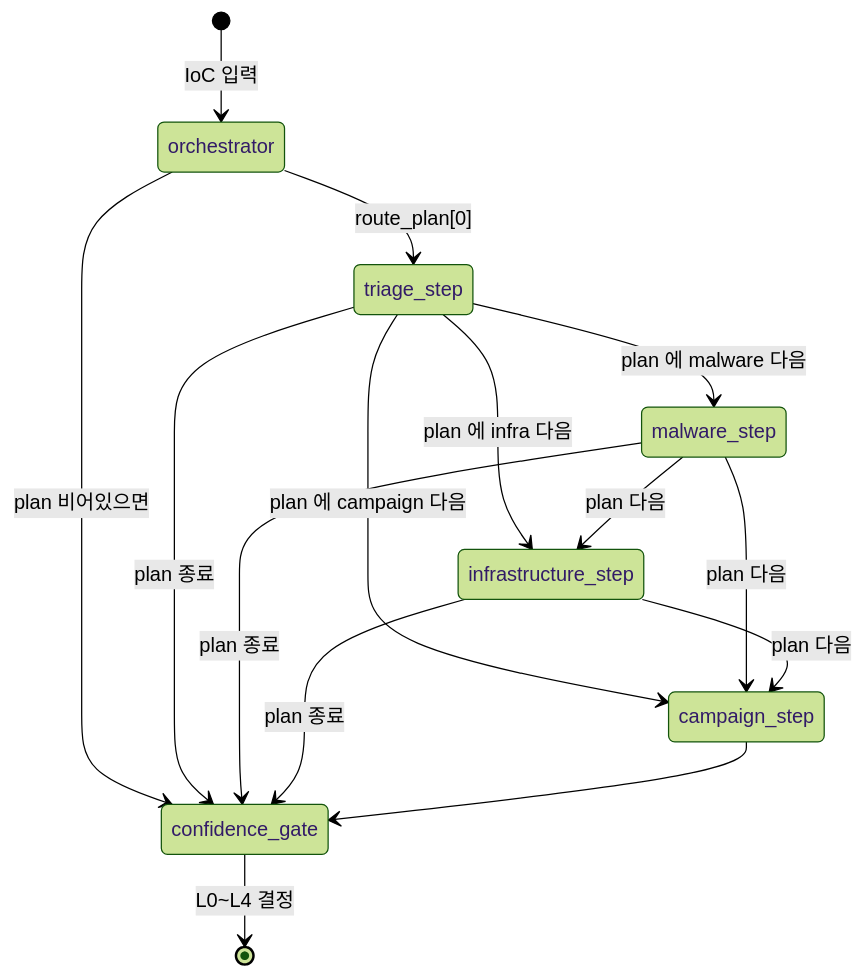
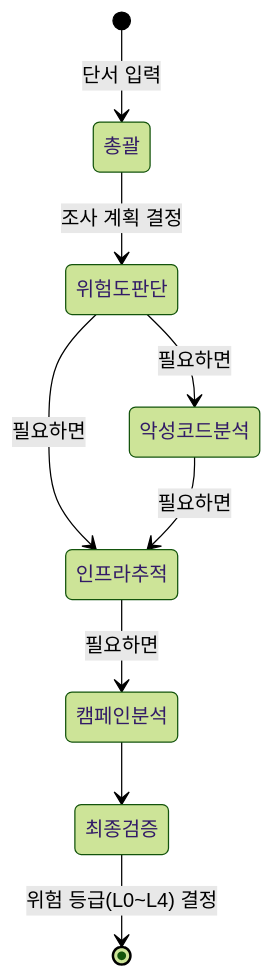
Before and after one commit to jjyj2302/AOL_SERVICE_DEMO: the second of 3 diagrams in README.md, drawn with Mermaid (forest theme). The commit also changed other lines of this file, not shown here.

````diff
--- a/README.md
+++ b/README.md
@@ -168,22 +165,11 @@
 ```mermaid
 stateDiagram-v2
-    [*] --> orchestrator: IoC 입력
-    orchestrator --> triage_step: route_plan[0]
-    orchestrator --> confidence_gate: plan 비어있으면
-
-    triage_step --> malware_step: plan 에 malware 다음
-    triage_step --> infrastructure_step: plan 에 infra 다음
-    triage_step --> campaign_step: plan 에 campaign 다음
-    triage_step --> confidence_gate: plan 종료
-
-    malware_step --> infrastructure_step: plan 다음
-    malware_step --> campaign_step: plan 다음
-    malware_step --> confidence_gate: plan 종료
-
-    infrastructure_step --> campaign_step: plan 다음
-    infrastructure_step --> confidence_gate: plan 종료
-
-    campaign_step --> confidence_gate
-
-    confidence_gate --> [*]: L0~L4 결정
+    [*] --> 총괄: 단서 입력
+    총괄 --> 위험도판단: 조사 계획 결정
+    위험도판단 --> 악성코드분석: 필요하면
+    위험도판단 --> 인프라추적: 필요하면
+    악성코드분석 --> 인프라추적: 필요하면
+    인프라추적 --> 캠페인분석: 필요하면
+    캠페인분석 --> 최종검증
+    최종검증 --> [*]: 위험 등급(L0~L4) 결정
 ```
````
